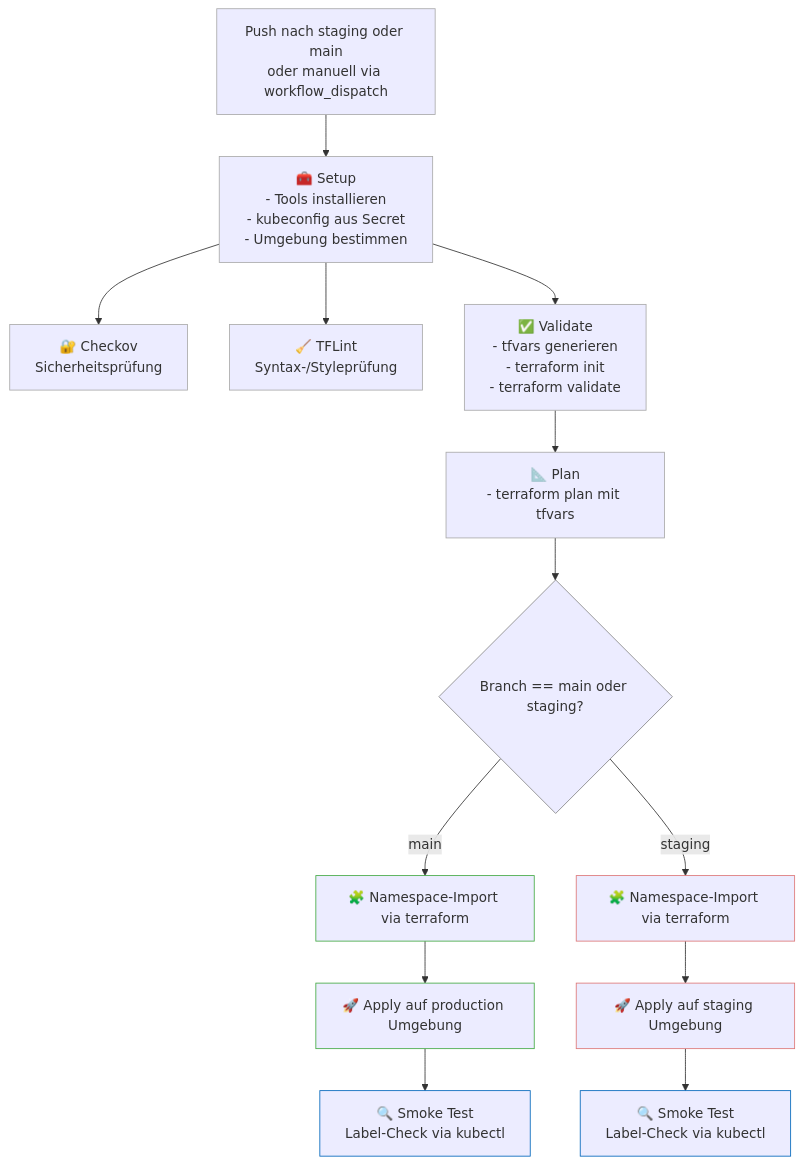
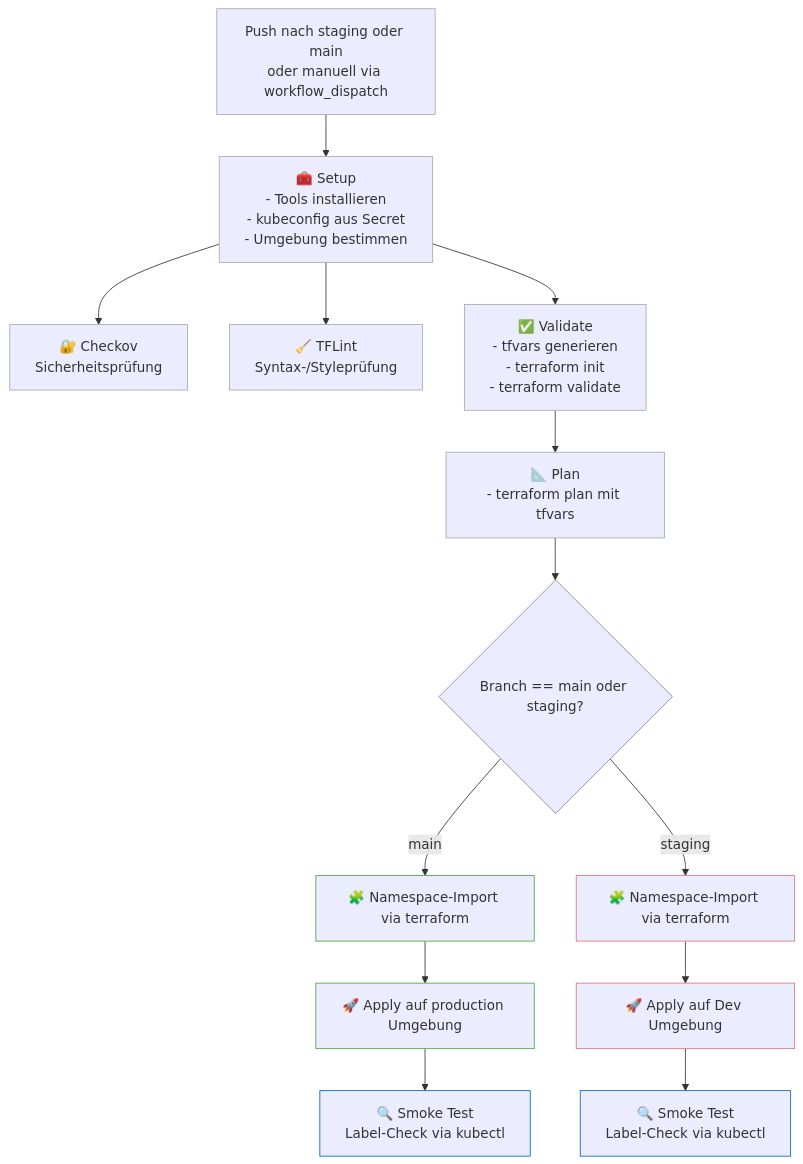
The diagram in README.md (ElMed05/iac-cicd-k8s-namespace), drawn with Mermaid before and after one commit. The commit also changed other lines of this file and 1 other file, not shown here.

````diff
--- a/README.md
+++ b/README.md
@@ -41,43 +43,38 @@
 ```mermaid
 
 flowchart TD
     A[Push nach staging oder main\noder manuell via workflow_dispatch] --> B[🧰 Setup\n- Tools installieren\n- kubeconfig aus Secret\n- Umgebung bestimmen]
     
 
     B --> C[🔐 Checkov\nSicherheitsprüfung]
     B --> D[🧹 TFLint\nSyntax-/Styleprüfung]
     B --> E[✅ Validate\n- tfvars generieren\n- terraform init\n- terraform validate]
 
     E --> F[📐 Plan\n- terraform plan mit tfvars]
 
     F --> G{Branch == main oder staging?}
 
     G -- main --> H[🧩 Namespace-Import via terraform]
     H --> I[🚀 Apply auf production Umgebung]
     I --> K[🔍 Smoke Test\nLabel-Check via kubectl]
 
     G -- staging --> J[ 🧩 Namespace-Import via terraform]
-    J --> R[🚀 Apply auf staging Umgebung]
+    J --> R[🚀 Apply auf Dev Umgebung]
 
     R --> L[🔍 Smoke Test\nLabel-Check via kubectl]
 
     style A fill:#,stroke:#aaa
     style B fill:#,stroke:#aaa
     style C fill:#,stroke:#aaa
     style D fill:#,stroke:#aaa
     style E fill:#,stroke:#aaa
     style F fill:#,stroke:#aaa
     style G fill:#,stroke:#888
     style H fill:#,stroke:#4a4
     style I fill:#,stroke:#4a4
     style K fill:#,stroke:#06b
     style J fill:#,stroke:#d77
     style R fill:#,stroke:#d77
     style L fill:#,stroke:#06b
 
-
-
-
-
-
 ```
````
